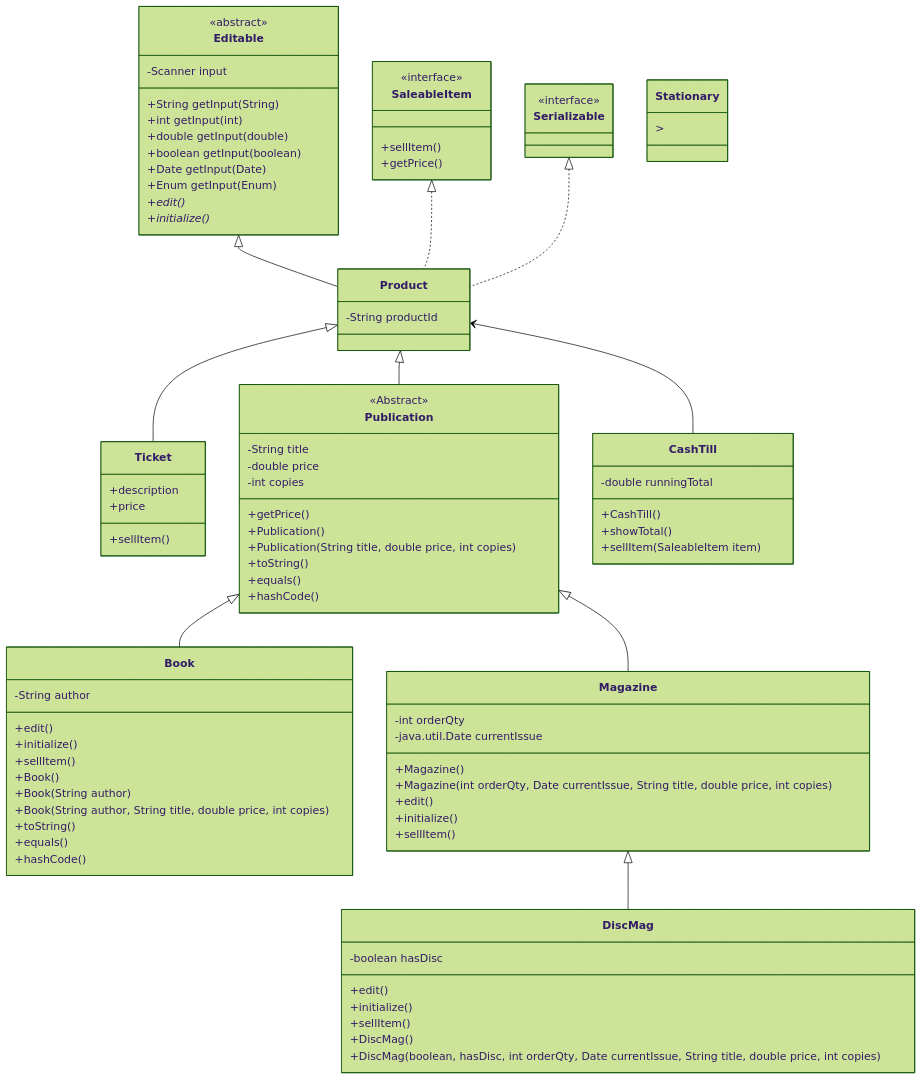
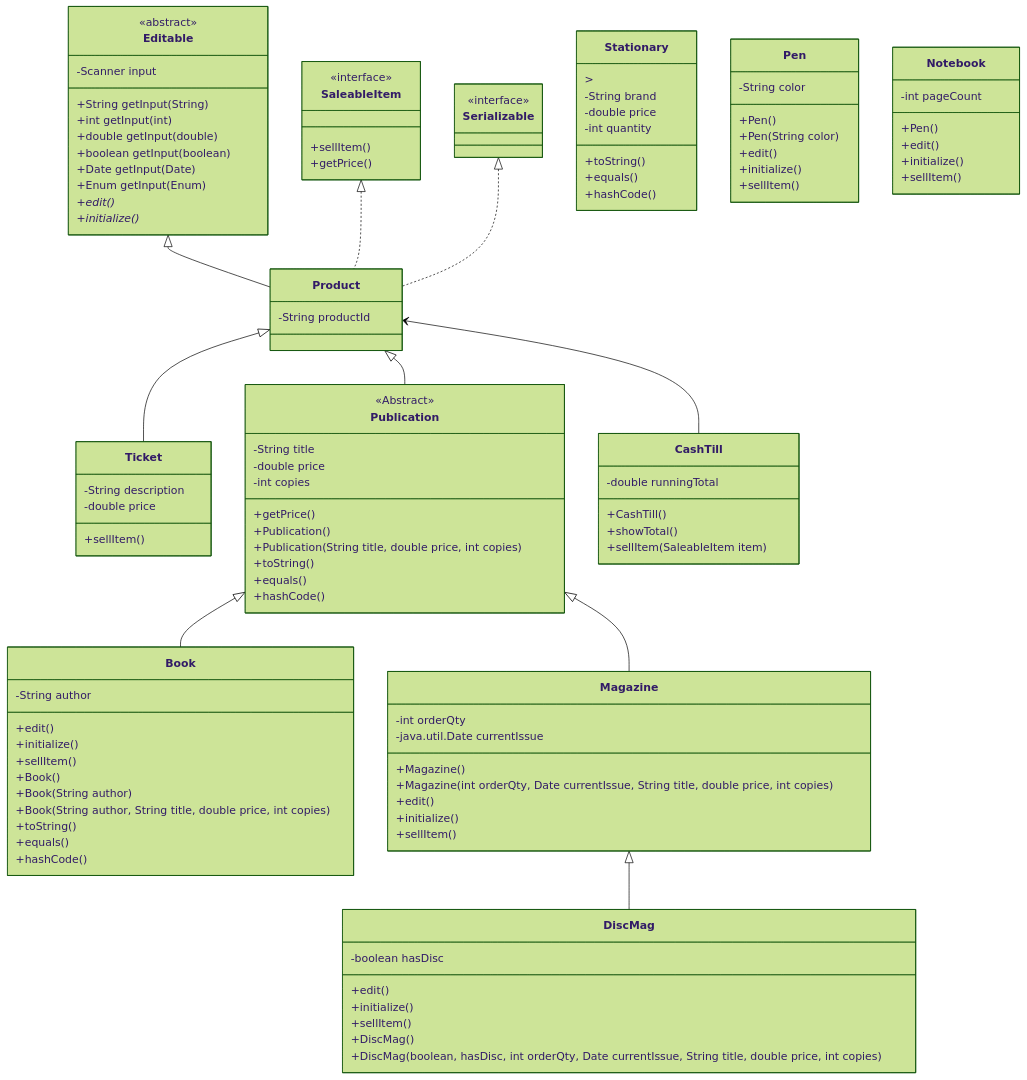
Before and after one commit to batista-s/bookstore-csd214-w26-ClaraBatista: the diagram in documentation/bookstore.f25-2025-11-17-211001.mmd, drawn with Mermaid (forest theme). The commit also changed other lines of this file, not shown here.

Commit message:
docs add directed tasks changes

```diff
--- a/documentation/bookstore.f25-2025-11-17-211001.mmd
+++ b/documentation/bookstore.f25-2025-11-17-211001.mmd
@@ -1,101 +1,132 @@
 classDiagram
     Editable <|--Product
     Product <|--Ticket
     Product <|--Publication
     Publication <|-- Book
     Publication <|-- Magazine
     Magazine <|-- DiscMag
     SaleableItem <|.. Product
     Serializable <|.. Product
     Product <-- CashTill
 
     class Product{
         -String productId
     }
 
     class Serializable{
         <<interface>>
     }
     class Ticket{
-        +description
-        +price
+        -String description
+        -double price
         +sellItem()
     }
     class Editable{
         <<abstract>>
         -Scanner input
         +String getInput(String)
         +int getInput(int)
         +double getInput(double)
         +boolean getInput(boolean)
         +Date getInput(Date)
         +Enum getInput(Enum)
         +edit()*
         +initialize()*
 
     }
     class Publication{
         <<Abstract>>
         -String title
         -double price
         -int copies
         +getPrice()
 
         +Publication()
         +Publication(String title, double price, int copies)
         +toString()
         +equals()
         +hashCode()
 
     }
     class Book{
         -String author
         +edit()
         +initialize()
         +sellItem()
 
         +Book()
         +Book(String author)
         +Book(String author, String title, double price, int copies)
         +toString()
         +equals()
         +hashCode()
 
     }
     class Magazine{
         -int orderQty
         -java.util.Date currentIssue
 
         +Magazine()
         +Magazine(int orderQty, Date currentIssue, String title, double price, int copies)
 
         +edit()
         +initialize()
         +sellItem()
     }
     class DiscMag{
         -boolean hasDisc
         +edit()
         +initialize()
         +sellItem()
 
         +DiscMag()
         +DiscMag(boolean, hasDisc, int orderQty, Date currentIssue, String title, double price, int copies)
 
     }
     class CashTill{
         -double runningTotal
         +CashTill()
         +showTotal()
         +sellItem(SaleableItem item)
     }
     class SaleableItem {
         <<interface>>
         +sellItem()
         +getPrice()
 
     }
 
+    %% Directed Task
+
     class Stationary {
         <Abstract>>
+        -String brand
+        -double price
+        -int quantity
+
+        +toString()
+        +equals()
+        +hashCode()
     }
+
+    class Pen {
+        -String color
+
+        +Pen()
+        +Pen(String color)
+        +edit()
+        +initialize()
+        +sellItem()
+    }
+
+    class Notebook {
+        -int pageCount
+
+        +Pen()
+        +edit()
+        +initialize()
+        +sellItem()
+    }
+
+    %% Initiative Task
+    %% My idea: sell digital music
```
